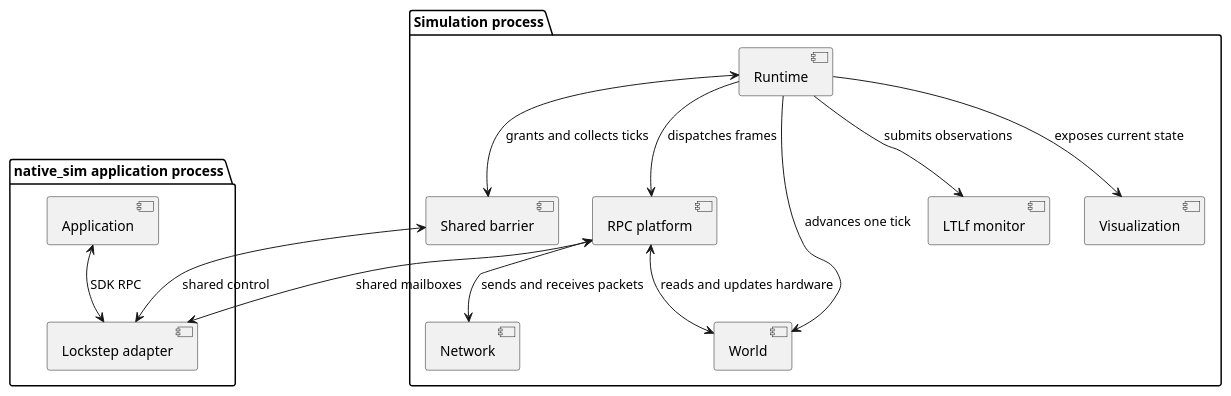
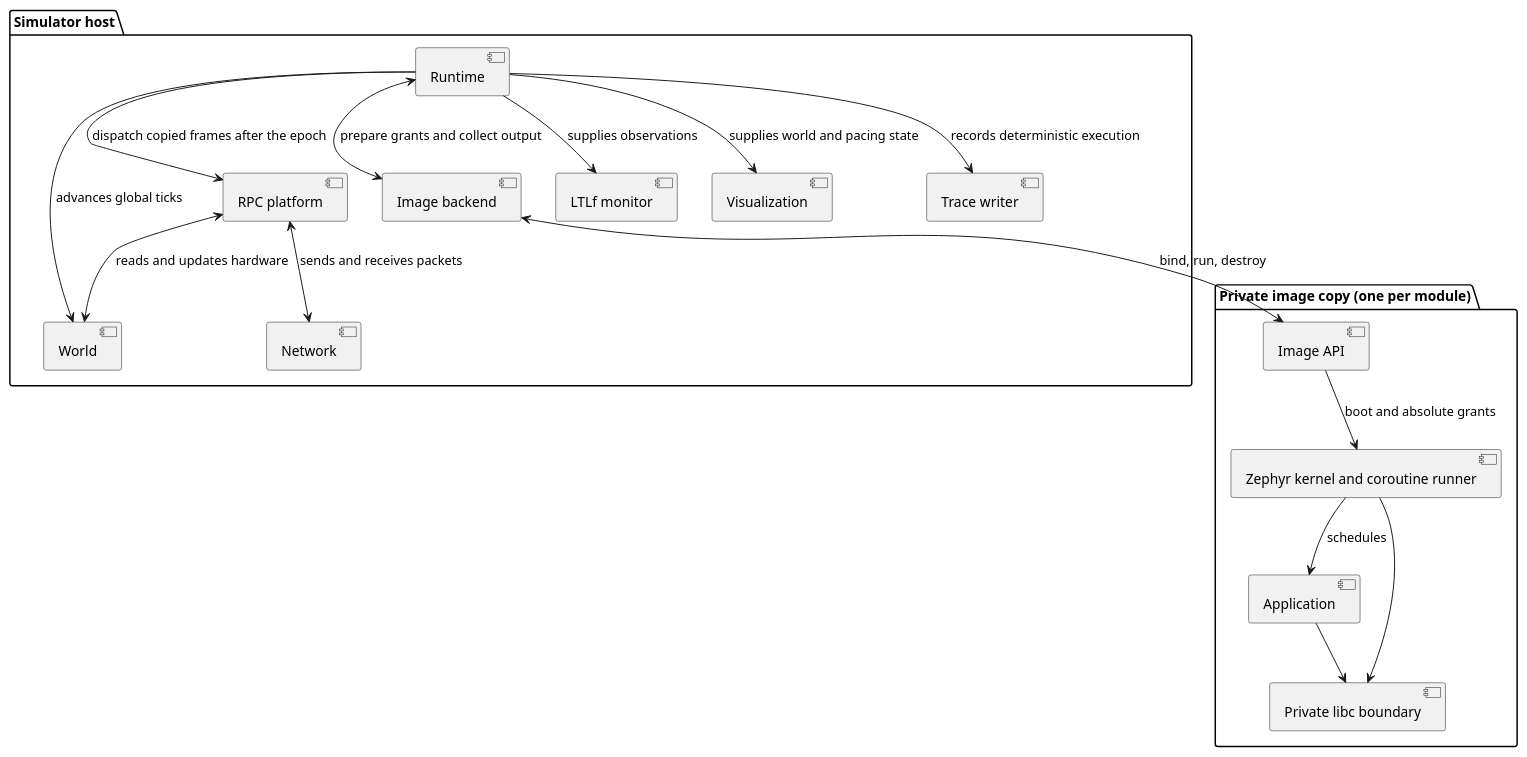
Before and after one commit to spaceface777/q_simulator: the diagram in docs/diagrams/component.puml, drawn with PlantUML. The commit also changed 4 other files, not shown here.

Commit message:
Document firmware image execution and configuration

```diff
--- a/docs/diagrams/component.puml
+++ b/docs/diagrams/component.puml
@@ -1,30 +1,31 @@
 @startuml High-level component diagram
-
-package "native_sim application process" {
-    [Application]
-    [Lockstep adapter]
-
-    [Application] <--> [Lockstep adapter] : SDK RPC
+package "Simulator host" {
+  [Runtime]
+  [Image backend]
+  [RPC platform]
+  [Network]
+  [World]
+  [LTLf monitor]
+  [Visualization]
+  [Trace writer]
 }
-
-package "Simulation process" {
-    [Runtime]
-    [Shared barrier]
-    [RPC platform]
-    [Network]
-    [World]
-    [LTLf monitor]
-    [Visualization]
-
-    [Runtime] <--> [Shared barrier] : grants and collects ticks
-    [Runtime] --> [RPC platform] : dispatches frames
-    [RPC platform] <--> [World] : reads and updates hardware
-    [RPC platform] <--> [Network] : sends and receives packets
-    [Runtime] --> [World] : advances one tick
-    [Runtime] --> [LTLf monitor] : submits observations
-    [Runtime] --> [Visualization] : exposes current state
-    [Shared barrier] <--> [Lockstep adapter] : shared control
-    [RPC platform] <--> [Lockstep adapter] : shared mailboxes
+package "Private image copy (one per module)" {
+  [Image API]
+  [Zephyr kernel and coroutine runner]
+  [Application]
+  [Private libc boundary]
+  [Image API] --> [Zephyr kernel and coroutine runner] : boot and absolute grants
+  [Zephyr kernel and coroutine runner] --> [Application] : schedules
+  [Application] --> [Private libc boundary]
+  [Zephyr kernel and coroutine runner] --> [Private libc boundary]
 }
-
+[Runtime] <--> [Image backend] : prepare grants and collect output
+[Image backend] <--> [Image API] : bind, run, destroy
+[Runtime] --> [RPC platform] : dispatch copied frames after the epoch
+[RPC platform] <--> [World] : reads and updates hardware
+[RPC platform] <--> [Network] : sends and receives packets
+[Runtime] --> [World] : advances global ticks
+[Runtime] --> [LTLf monitor] : supplies observations
+[Runtime] --> [Visualization] : supplies world and pacing state
+[Runtime] --> [Trace writer] : records deterministic execution
 @enduml
```
